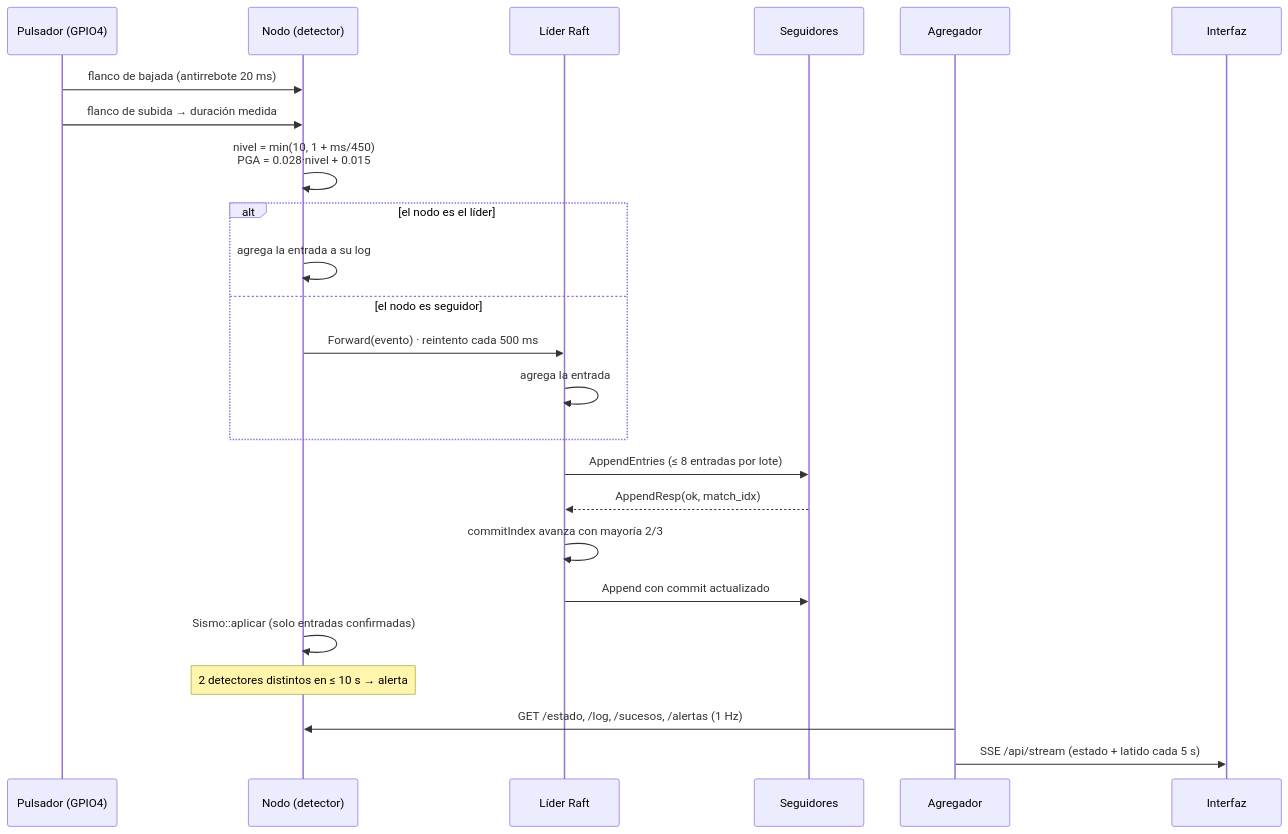
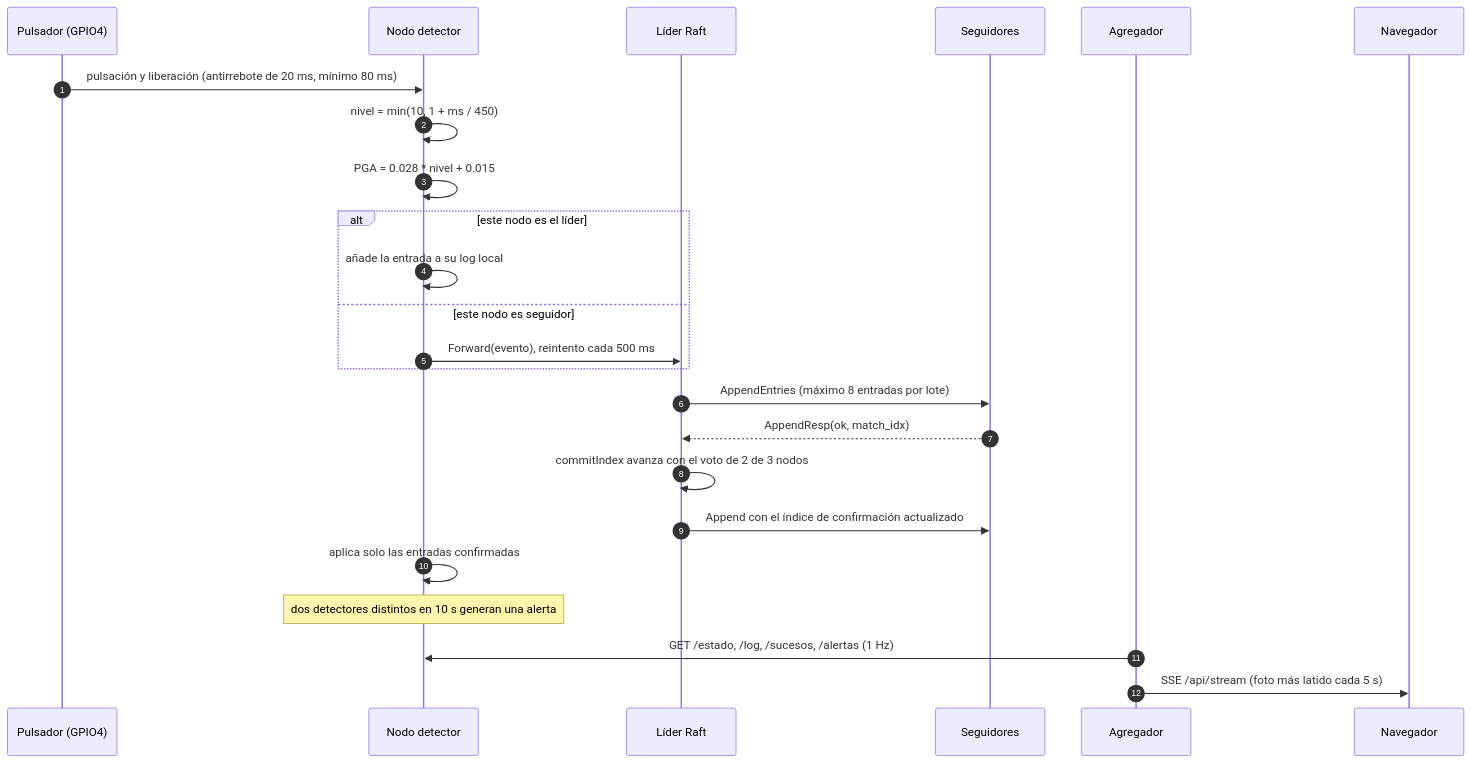
One commit to sebas-archive/VYBRA_alerta-sismica changed the third of 3 diagrams in README.md. Above: the diagram before and after it, drawn with Mermaid. The commit also changed other lines of this file and 23 other files, not shown here.

Commit message:
docs(readme): README en español con capturas de la interfaz

````diff
--- a/README.md
+++ b/README.md
@@ -99,27 +422,27 @@
 ```mermaid
 sequenceDiagram
+    autonumber
     participant B as Pulsador (GPIO4)
-    participant N as Nodo (detector)
+    participant N as Nodo detector
     participant L as Líder Raft
     participant F as Seguidores
     participant A as Agregador
-    participant U as Interfaz
+    participant U as Navegador
 
-    B->>N: flanco de bajada (antirrebote 20 ms)
-    B->>N: flanco de subida → duración medida
-    N->>N: nivel = min(10, 1 + ms/450)<br/>PGA = 0.028·nivel + 0.015
-    alt el nodo es el líder
-        N->>N: agrega la entrada a su log
-    else el nodo es seguidor
-        N->>L: Forward(evento) · reintento cada 500 ms
-        L->>L: agrega la entrada
+    B->>N: pulsación y liberación (antirrebote de 20 ms, mínimo 80 ms)
+    N->>N: nivel = min(10, 1 + ms / 450)
+    N->>N: PGA = 0.028 * nivel + 0.015
+    alt este nodo es el líder
+        N->>N: añade la entrada a su log local
+    else este nodo es seguidor
+        N->>L: Forward(evento), reintento cada 500 ms
     end
-    L->>F: AppendEntries (≤ 8 entradas por lote)
+    L->>F: AppendEntries (máximo 8 entradas por lote)
     F-->>L: AppendResp(ok, match_idx)
-    L->>L: commitIndex avanza con mayoría 2/3
-    L->>F: Append con commit actualizado
-    N->>N: Sismo::aplicar (solo entradas confirmadas)
-    Note over N: 2 detectores distintos en ≤ 10 s → alerta
+    L->>L: commitIndex avanza con el voto de 2 de 3 nodos
+    L->>F: Append con el índice de confirmación actualizado
+    N->>N: aplica solo las entradas confirmadas
+    Note over N: dos detectores distintos en 10 s generan una alerta
     A->>N: GET /estado, /log, /sucesos, /alertas (1 Hz)
-    A->>U: SSE /api/stream (estado + latido cada 5 s)
+    A->>U: SSE /api/stream (foto más latido cada 5 s)
 ```
````
